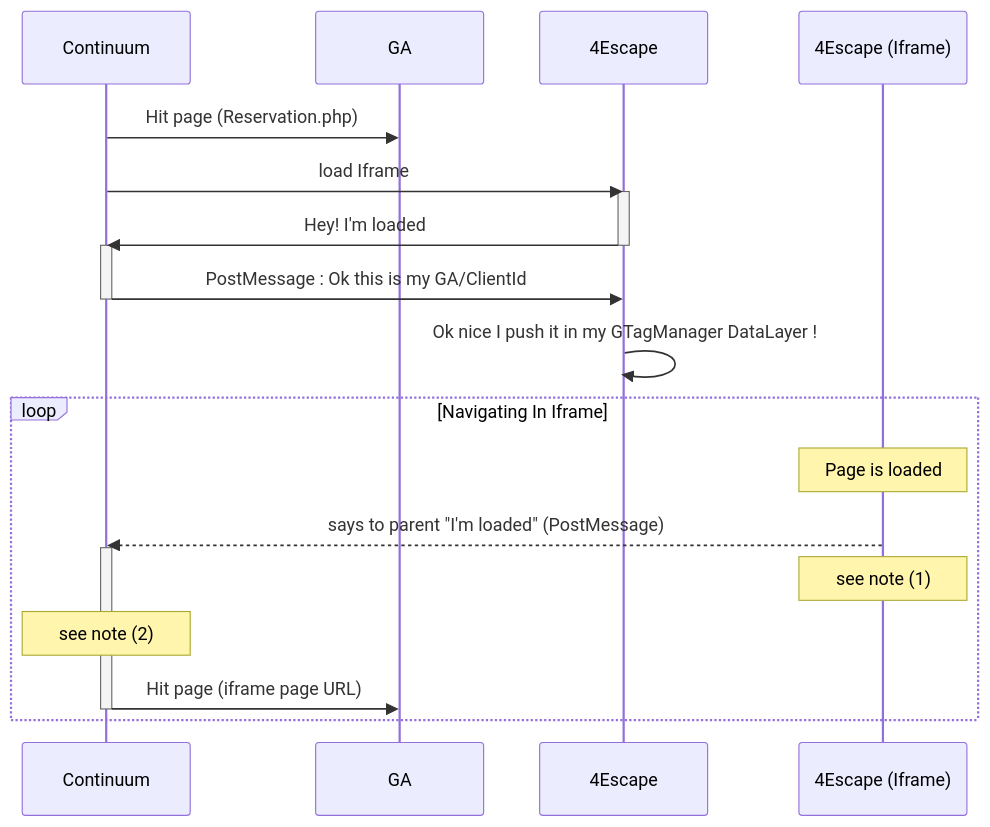
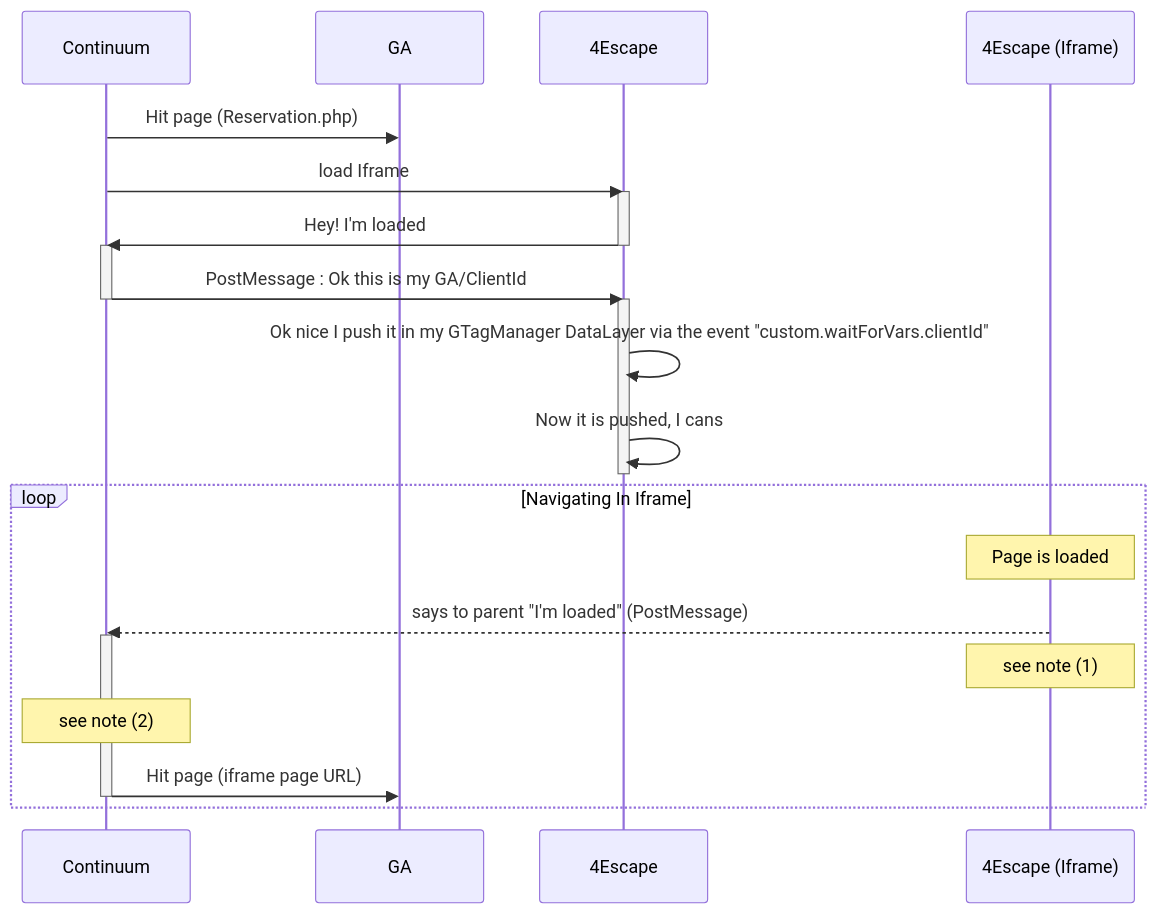
The diagram in doc/continuum/ClientId.md (NansPellicari/stackEdit), drawn with Mermaid before and after one commit. The commit also changed other lines of this file, not shown here.

Commit message:
doc/continuum/ClientId.md updated from https://stackedit.io/

````diff
--- a/doc/continuum/ClientId.md
+++ b/doc/continuum/ClientId.md
@@ -16,33 +16,36 @@
 ```mermaid
 
 sequenceDiagram
 
 Continuum->>GA: Hit page (Reservation.php)
 
 Continuum->>4Escape: load Iframe
 activate 4Escape
 4Escape->>Continuum: Hey! I'm loaded
 deactivate 4Escape
 activate Continuum
 Continuum->>4Escape: PostMessage : Ok this is my GA/ClientId
 deactivate Continuum
-4Escape->>4Escape: Ok nice I push it in my GTagManager DataLayer !
+activate 4Escape
+4Escape->>4Escape: Ok nice I push it in my GTagManager DataLayer via the event "custom.waitForVars.clientId"
+4Escape->>4Escape: Now it is pushed, I cans
+deactivate 4Escape
 
 loop Navigating In Iframe
 
 Note over 4Escape (Iframe): Page is loaded
 
 4Escape (Iframe)-->>Continuum: says to parent "I'm loaded" (PostMessage)
 
 activate Continuum
 
 Note over 4Escape (Iframe): see note (1)
 
 Note over Continuum: see note (2)
 
 Continuum->>GA: Hit page (iframe page URL)
 
 deactivate Continuum
 
 end
 ```
````
